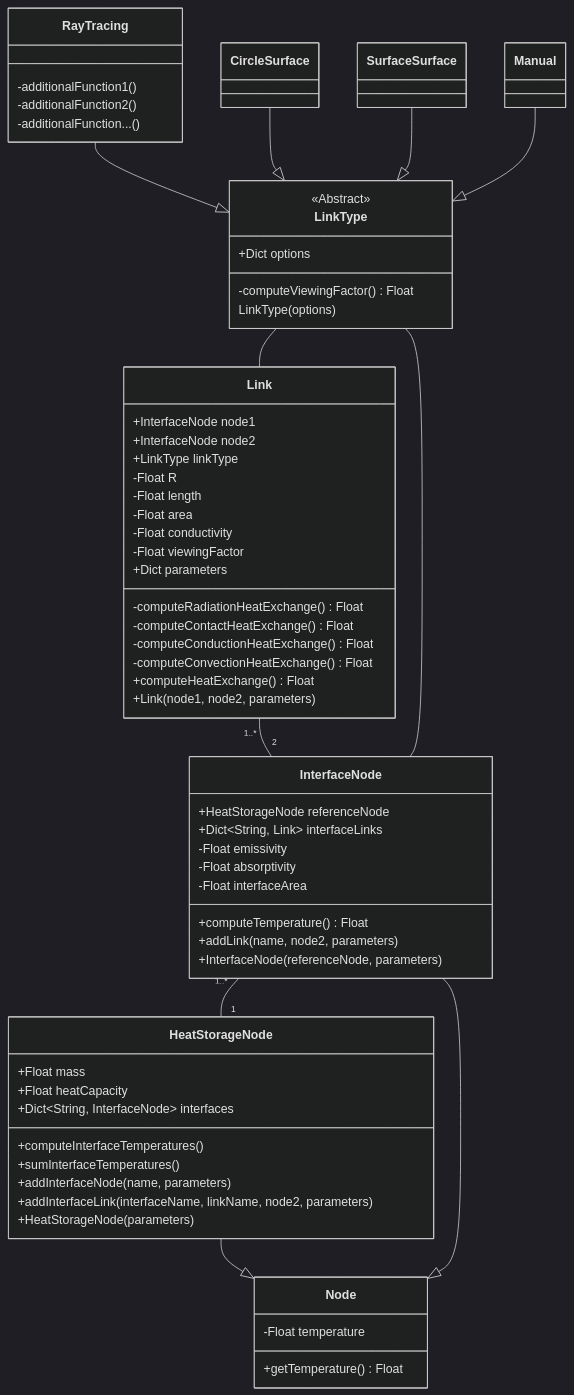
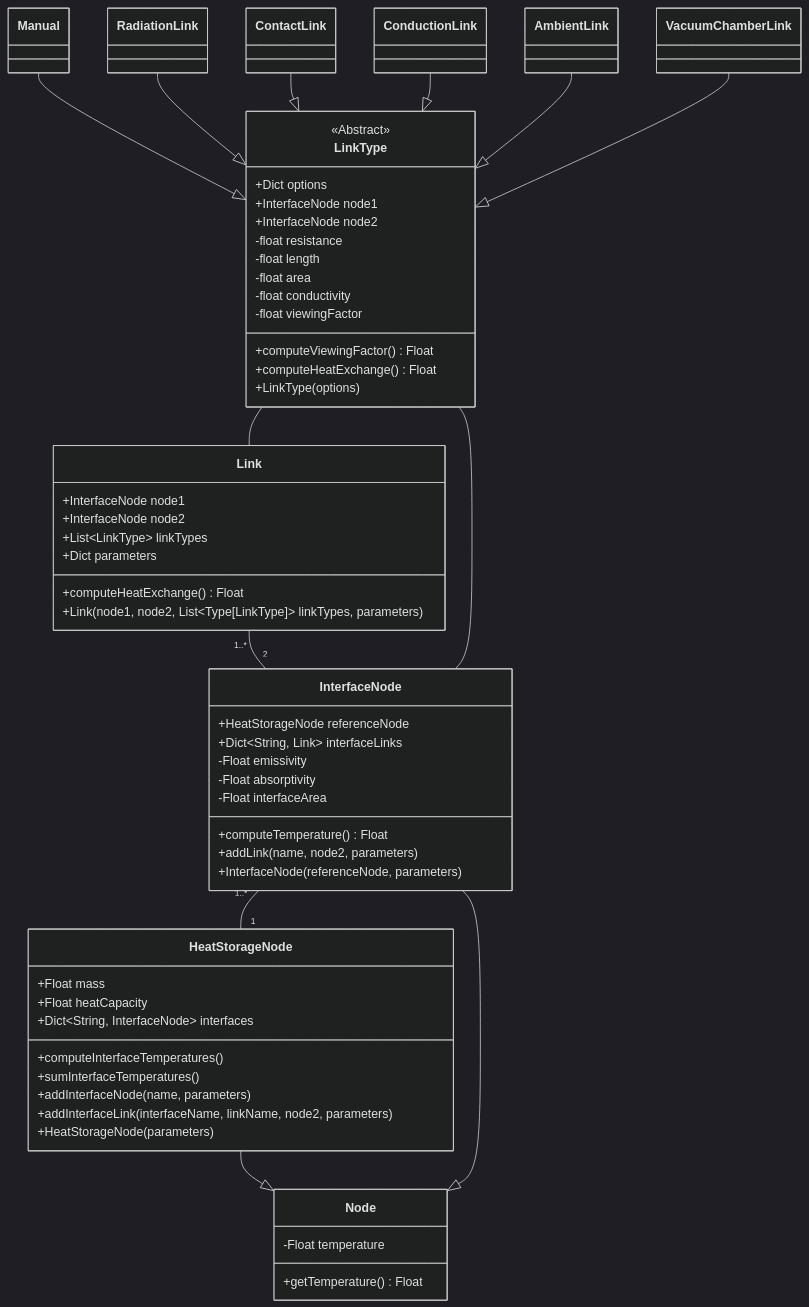
One commit to niveK77pur/ISM-Thermal-Model changed the diagram in class-diagram/class-diagram.mmd. Above: the diagram before and after it, drawn with Mermaid (dark theme). The commit also changed 2 other files, not shown here.

```diff
--- a/class-diagram/class-diagram.mmd
+++ b/class-diagram/class-diagram.mmd
@@ -1,77 +1,71 @@
 classDiagram
 
 
 class Node {
     -Float temperature
     +getTemperature() Float
 }
 
 class HeatStorageNode {
     +Float mass
     +Float heatCapacity
     +Dict~String, InterfaceNode~ interfaces
     +computeInterfaceTemperatures()
     +sumInterfaceTemperatures()
     +addInterfaceNode(name, parameters)
     +addInterfaceLink(interfaceName, linkName, node2, parameters)
     +HeatStorageNode(parameters)
 }
 
 class InterfaceNode {
     +HeatStorageNode referenceNode
     +Dict~String, Link~ interfaceLinks
     -Float emissivity
     -Float absorptivity
     -Float interfaceArea
     +computeTemperature() Float
     +addLink(name, node2, parameters)
     +InterfaceNode(referenceNode, parameters)
 }
 
 class Link {
     +InterfaceNode node1
     +InterfaceNode node2
-    +LinkType linkType
-    -Float R
-    -Float length
-    -Float area
-    -Float conductivity
-    -Float viewingFactor
+    +List~LinkType~ linkTypes
     +Dict parameters
-    -computeRadiationHeatExchange() Float
-    -computeContactHeatExchange() Float
-    -computeConductionHeatExchange() Float
-    -computeConvectionHeatExchange() Float
     +computeHeatExchange() Float
-    +Link(node1, node2, parameters)
+    +Link(node1, node2, List~Type[LinkType]~ linkTypes, parameters)
 }
 
 
 class LinkType {
     <<Abstract>>
     +Dict options
-    -computeViewingFactor() Float
-    LinkType(options)
+    +InterfaceNode node1
+    +InterfaceNode node2
+    -float resistance
+    -float length
+    -float area
+    -float conductivity
+    -float viewingFactor
+    +computeViewingFactor() Float
+    +computeHeatExchange() Float
+    +LinkType(options)
 }
-
-class RayTracing {
-    -additionalFunction1()
-    -additionalFunction2()
-    -additionalFunction...()
-}
-
 
 HeatStorageNode --|> Node
 InterfaceNode --|> Node
 
-RayTracing --|> LinkType
-CircleSurface --|> LinkType
-SurfaceSurface --|> LinkType
 Manual --|> LinkType
+RadiationLink --|> LinkType
+ContactLink --|> LinkType
+ConductionLink --|> LinkType
+AmbientLink --|> LinkType
+VacuumChamberLink --|> LinkType
 
 Link "1..*" -- "2" InterfaceNode
 
 InterfaceNode "1..*" -- "1" HeatStorageNode
 
 LinkType -- Link
 LinkType -- InterfaceNode
```
